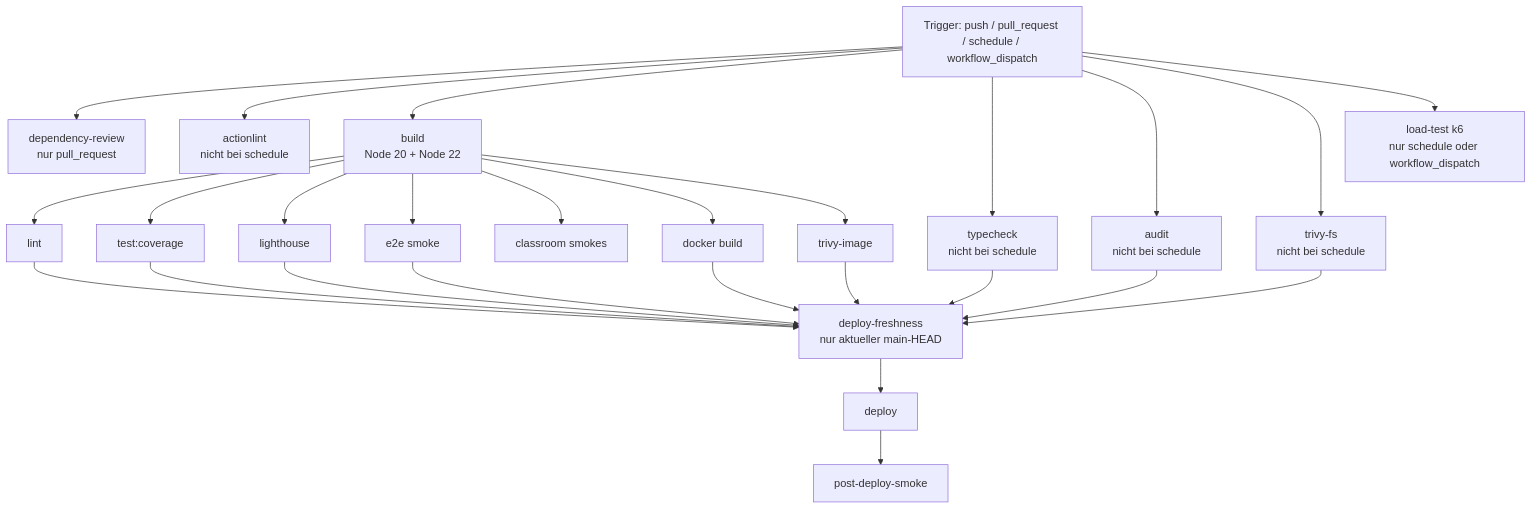
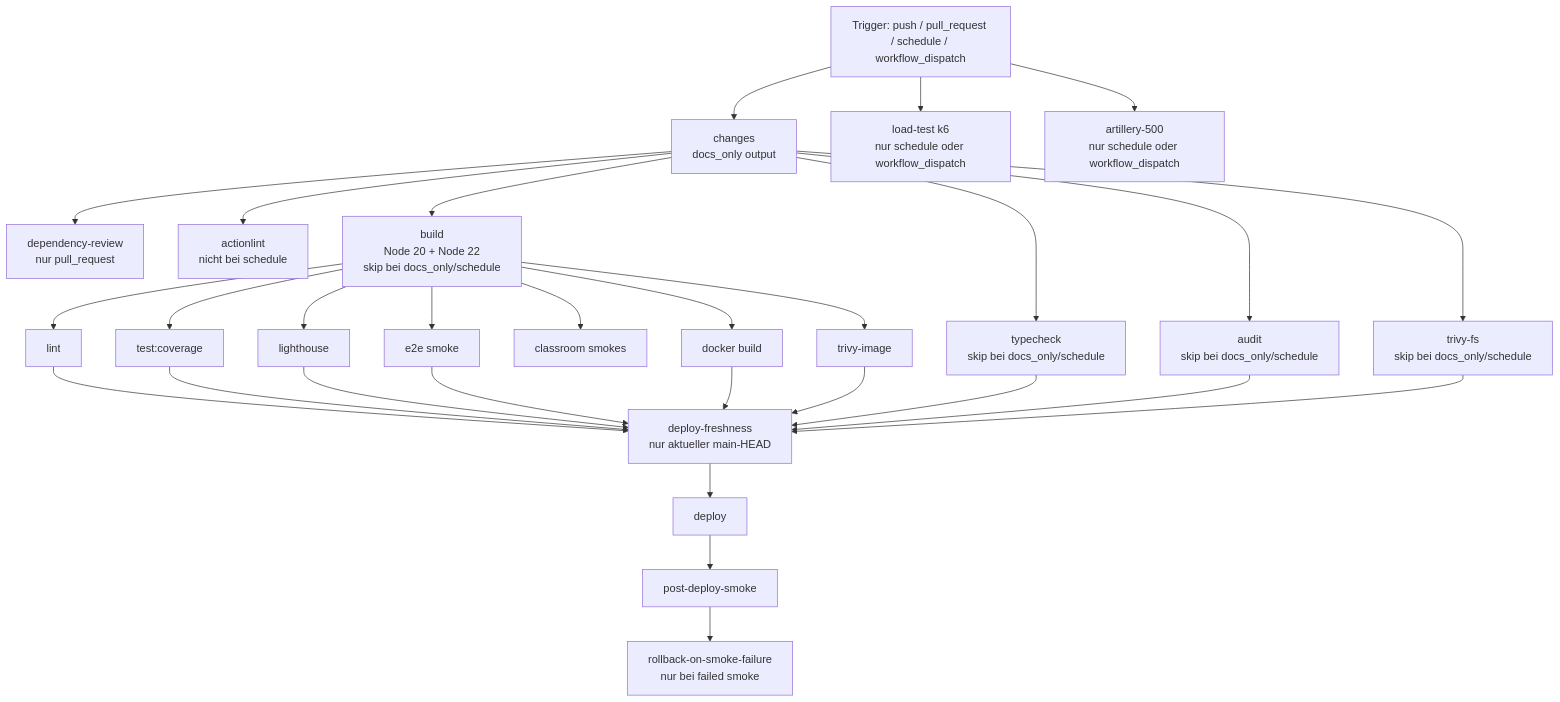
Before and after one commit to docmoritz/arsnova-eu: the diagram in docs/CI-WORKFLOW.md, drawn with Mermaid. The commit also changed other lines of this file, not shown here.

First line of the commit message:
docs(ci): sync CI-WORKFLOW guide with current pipeline

````diff
--- a/docs/CI-WORKFLOW.md
+++ b/docs/CI-WORKFLOW.md
@@ -63,35 +63,38 @@
 ```mermaid
 flowchart TD
   A[Trigger: push / pull_request / schedule / workflow_dispatch]
+  A --> Z[changes<br/>docs_only output]
 
-  A --> B[dependency-review<br/>nur pull_request]
-  A --> C[actionlint<br/>nicht bei schedule]
-  A --> D[build<br/>Node 20 + Node 22]
-  A --> E[typecheck<br/>nicht bei schedule]
-  A --> F[audit<br/>nicht bei schedule]
-  A --> G[trivy-fs<br/>nicht bei schedule]
+  Z --> B[dependency-review<br/>nur pull_request]
+  Z --> C[actionlint<br/>nicht bei schedule]
+  Z --> D[build<br/>Node 20 + Node 22<br/>skip bei docs_only/schedule]
+  Z --> E[typecheck<br/>skip bei docs_only/schedule]
+  Z --> F[audit<br/>skip bei docs_only/schedule]
+  Z --> G[trivy-fs<br/>skip bei docs_only/schedule]
 
   D --> H[lint]
   D --> I[test:coverage]
   D --> J[lighthouse]
   D --> K[e2e smoke]
   D --> K2[classroom smokes]
   D --> L[docker build]
   D --> M[trivy-image]
 
   H --> Q[deploy-freshness<br/>nur aktueller main-HEAD]
   I --> Q
   J --> Q
   K --> Q
   L --> Q
   E --> Q
   F --> Q
   G --> Q
   M --> Q
 
   Q --> N[deploy]
 
   N --> O[post-deploy-smoke]
+  O --> P[rollback-on-smoke-failure<br/>nur bei failed smoke]
 
-  A --> P[load-test k6<br/>nur schedule oder workflow_dispatch]
+  A --> R[load-test k6<br/>nur schedule oder workflow_dispatch]
+  A --> R2[artillery-500<br/>nur schedule oder workflow_dispatch]
 ```
````
